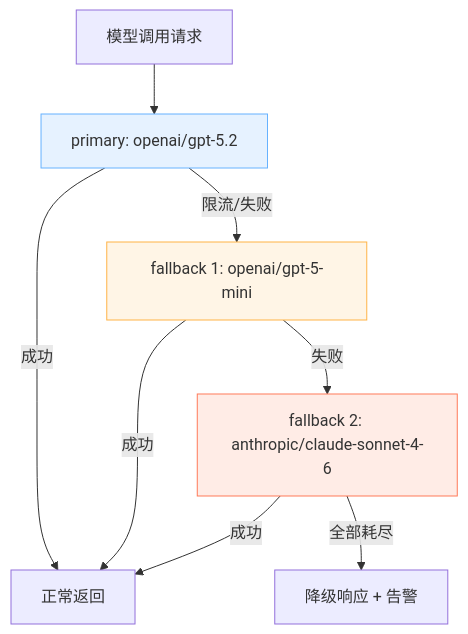
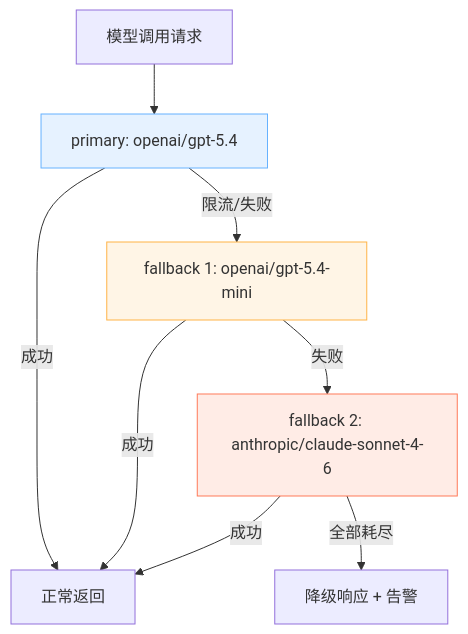
Before and after one commit to yeasy/openclaw_guide: the diagram in 11_reliability_security/11.3_fallback_rules.md, drawn with Mermaid. The commit also changed other lines of this file and 6 other files, not shown here.

````diff
--- a/11_reliability_security/11.3_fallback_rules.md
+++ b/11_reliability_security/11.3_fallback_rules.md
@@ -26,14 +26,14 @@
 ```mermaid
 flowchart TD
-  req["模型调用请求"] --> p["primary: openai/gpt-5.2"]
+  req["模型调用请求"] --> p["primary: openai/gpt-5.4"]
   p -->|"成功"| ok["正常返回"]
-  p -->|"限流/失败"| f1["fallback 1: openai/gpt-5-mini"]
+  p -->|"限流/失败"| f1["fallback 1: openai/gpt-5.4-mini"]
   f1 -->|"成功"| ok
   f1 -->|"失败"| f2["fallback 2: anthropic/claude-sonnet-4-6"]
   f2 -->|"成功"| ok
   f2 -->|"全部耗尽"| degrade["降级响应 + 告警"]
 
   style p fill:#e6f2ff,stroke:#66b2ff
   style f1 fill:#fff5e6,stroke:#ffb347
   style f2 fill:#ffece6,stroke:#ff7a59
 ```
````
